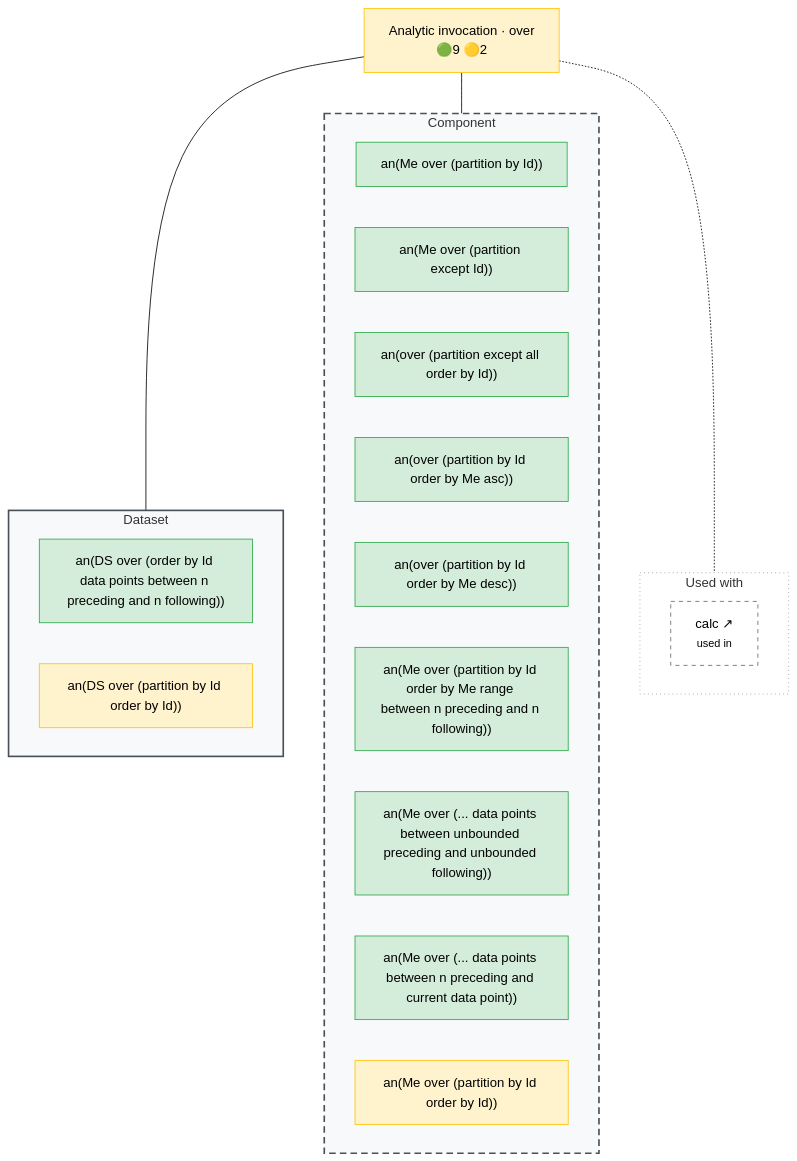
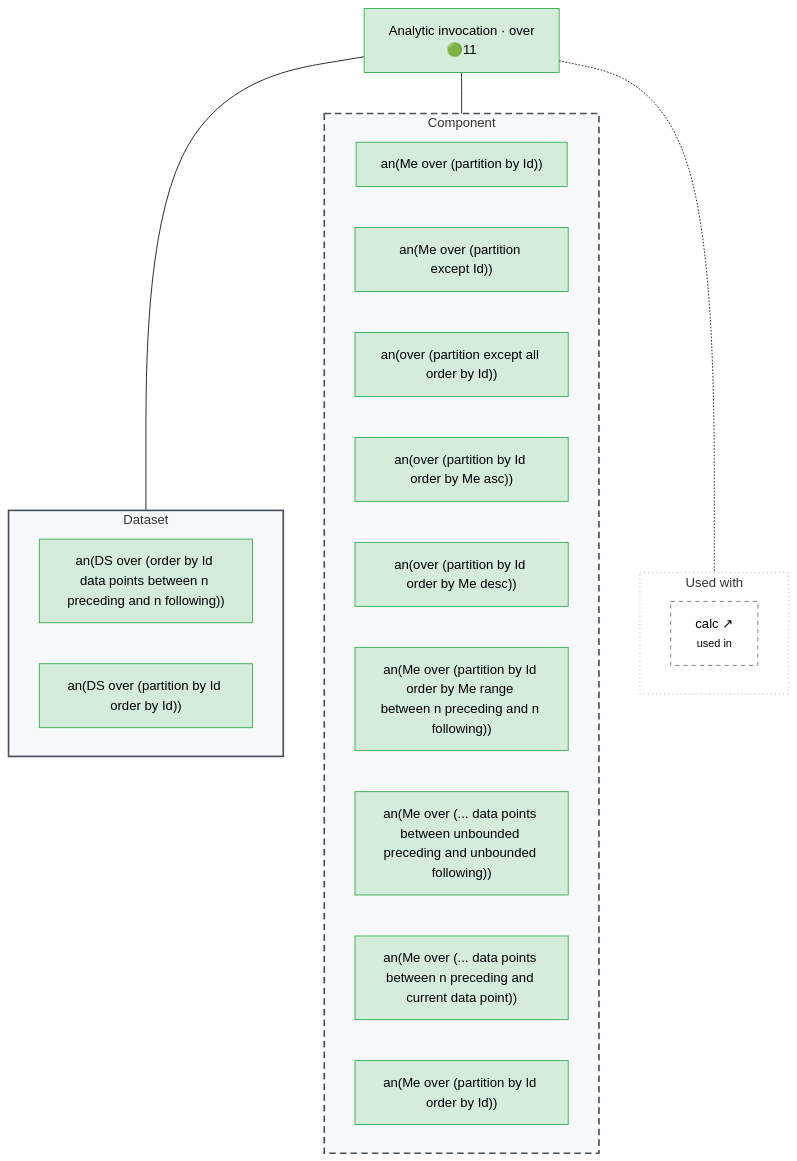
Before and after one commit to Meaningful-Data/vtlengine: the diagram in docs/operator_map/aggregate/analytic_invocation.rst, drawn with Mermaid (forest theme). The commit also changed other lines of this file and 175 other files, not shown here.

```diff
--- a/docs/operator_map/aggregate/analytic_invocation.rst
+++ b/docs/operator_map/aggregate/analytic_invocation.rst
@@ -28,51 +28,51 @@
 .. mermaid::
    :config: {"flowchart": {"useMaxWidth": false}}
 
    flowchart TB
        classDef ok fill:#d4edda,stroke:#28a745,color:#000
        classDef partial fill:#fff3cd,stroke:#ffc107,color:#000
        classDef refused fill:#d4edda,stroke:#28a745,stroke-width:3px,stroke-dasharray: 2 2,color:#000
        classDef missing fill:#f8d7da,stroke:#dc3545,color:#000
        classDef diverge fill:#cce5ff,stroke:#007bff,color:#000
        classDef block fill:#2b3a4a,stroke:#2b3a4a,color:#fff,font-weight:bold
        classDef ext fill:#fff,stroke:#666,color:#000,stroke-dasharray: 5 5
-       O["Analytic invocation · over<br/>🟢9 🟡2"]:::partial
+       O["Analytic invocation · over<br/>🟢11"]:::ok
        subgraph G_ds["Dataset"]
            direction LR
            v_window_data_points["an(DS over (order by Id data points between n preceding and n following))"]:::ok
-           v_window_default_ds["an(DS over (partition by Id order by Id))"]:::partial
+           v_window_default_ds["an(DS over (partition by Id order by Id))"]:::ok
        end
        subgraph G_comp["Component"]
            direction LR
            v_partition_by["an(Me over (partition by Id))"]:::ok
            v_partition_except["an(Me over (partition except Id))"]:::ok
            v_partition_except_all["an(over (partition except all order by Id))"]:::ok
            v_order_asc["an(over (partition by Id order by Me asc))"]:::ok
            v_order_desc["an(over (partition by Id order by Me desc))"]:::ok
            v_window_range["an(Me over (partition by Id order by Me range between n preceding and n following))"]:::ok
            v_window_unbounded["an(Me over (... data points between unbounded preceding and unbounded following))"]:::ok
            v_window_current["an(Me over (... data points between n preceding and current data point))"]:::ok
-           v_window_default["an(Me over (partition by Id order by Id))"]:::partial
+           v_window_default["an(Me over (partition by Id order by Id))"]:::ok
        end
        subgraph G_use["Used with"]
            direction LR
            used__clause__calc["calc ↗<br/><small>used in</small>"]:::ext
        end
        O --- G_ds
        O --- G_comp
        O -.- G_use
        style G_ds fill:#f8f9fa,stroke:#495057,stroke-width:2px
        style G_comp fill:#f8f9fa,stroke:#495057,stroke-width:2px,stroke-dasharray: 8 5
        style G_use fill:#ffffff,stroke:#868e96,stroke-width:1px,stroke-dasharray: 1 4
        click v_partition_by href "#form-partition-by"
        click v_partition_except href "#form-partition-except"
        click v_partition_except_all href "#form-partition-except-all"
        click v_order_asc href "#form-order-asc"
        click v_order_desc href "#form-order-desc"
        click v_window_data_points href "#form-window-data-points"
        click v_window_range href "#form-window-range"
        click v_window_unbounded href "#form-window-unbounded"
        click v_window_current href "#form-window-current"
        click v_window_default href "#form-window-default"
        click v_window_default_ds href "#form-window-default-ds"
        click used__clause__calc href "../clause/calc.html" "Calculation of a Component · calc"
```
